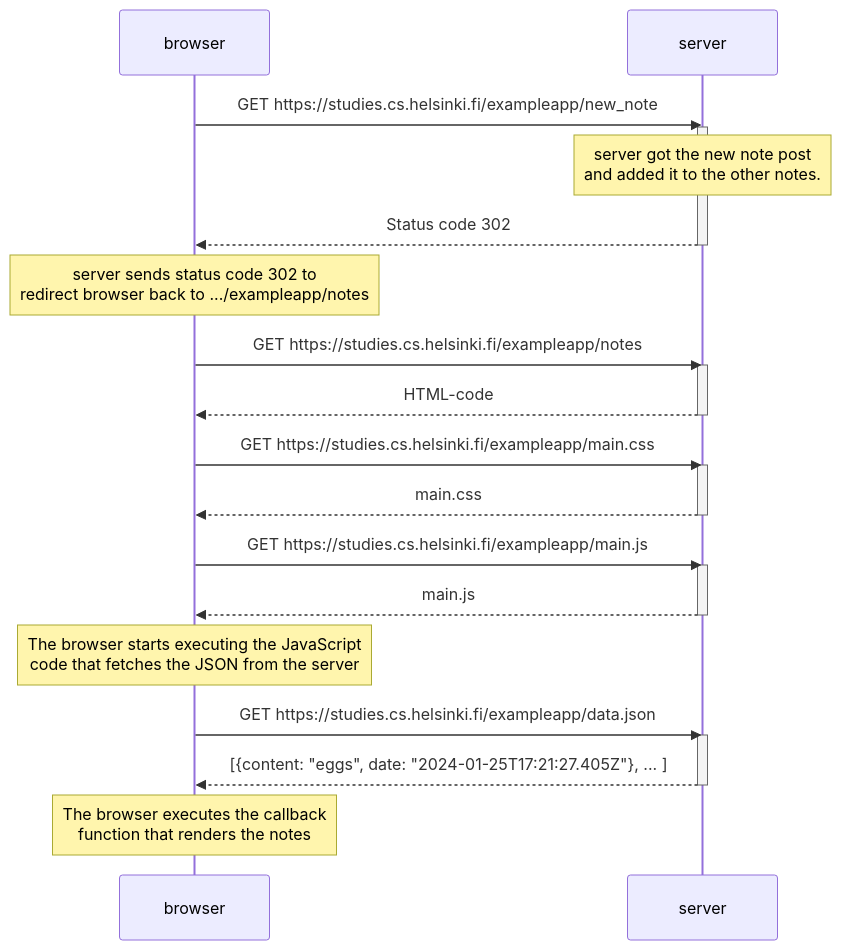
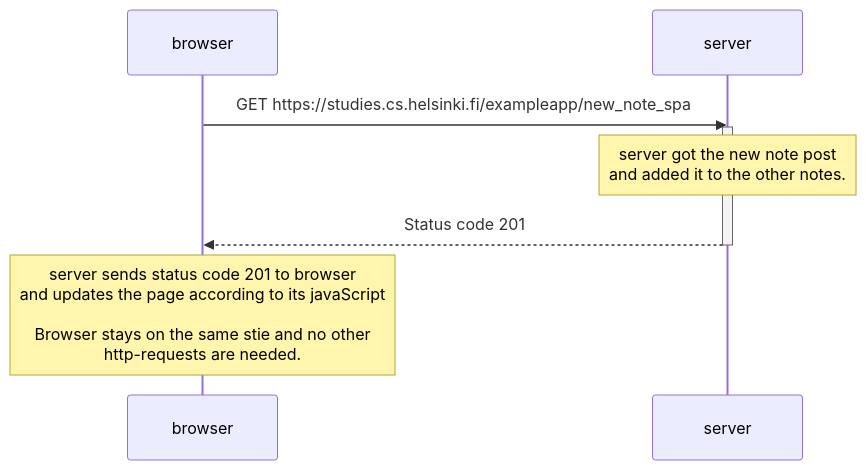
The diagram in Part0/0-6.md (LKonsta/FullStack2024), drawn with Mermaid before and after one commit. The commit also changed 3 other files, not shown here.

````diff
--- a/Part0/0-6.md
+++ b/Part0/0-6.md
@@ -1,39 +1,15 @@
 ```mermaid
 sequenceDiagram
     participant browser
     participant server
 
-    browser->>server: GET https://studies.cs.helsinki.fi/exampleapp/new_note
+    browser->>server: GET https://studies.cs.helsinki.fi/exampleapp/new_note_spa
     activate server
     
     Note over server: server got the new note post<br/>and added it to the other notes.
 
-    server-->>browser: Status code 302
+    server-->>browser: Status code 201
     deactivate server
 
-    Note over browser: server sends status code 302 to<br/>redirect browser back to .../exampleapp/notes
-
-    browser->>server: GET https://studies.cs.helsinki.fi/exampleapp/notes
-    activate server
-    server-->>browser: HTML-code
-    deactivate server
-
-    browser->>server: GET https://studies.cs.helsinki.fi/exampleapp/main.css
-    activate server
-    server-->>browser: main.css
-    deactivate server
-
-    browser->>server: GET https://studies.cs.helsinki.fi/exampleapp/main.js
-    activate server
-    server-->>browser: main.js
-    deactivate server
-
-    Note over browser: The browser starts executing the JavaScript<br/>code that fetches the JSON from the server
-
-    browser->>server: GET https://studies.cs.helsinki.fi/exampleapp/data.json
-    activate server
-    server-->>browser: [{content: "eggs", date: "2024-01-25T17:21:27.405Z"}, ... ]
-    deactivate server
-
-    Note over browser: The browser executes the callback<br/>function that renders the notes
+    Note over browser: server sends status code 201 to browser<br/>and updates the page according to its javaScript<br/><br/>Browser stays on the same stie and no other<br/>http-requests are needed.
 ```
````
